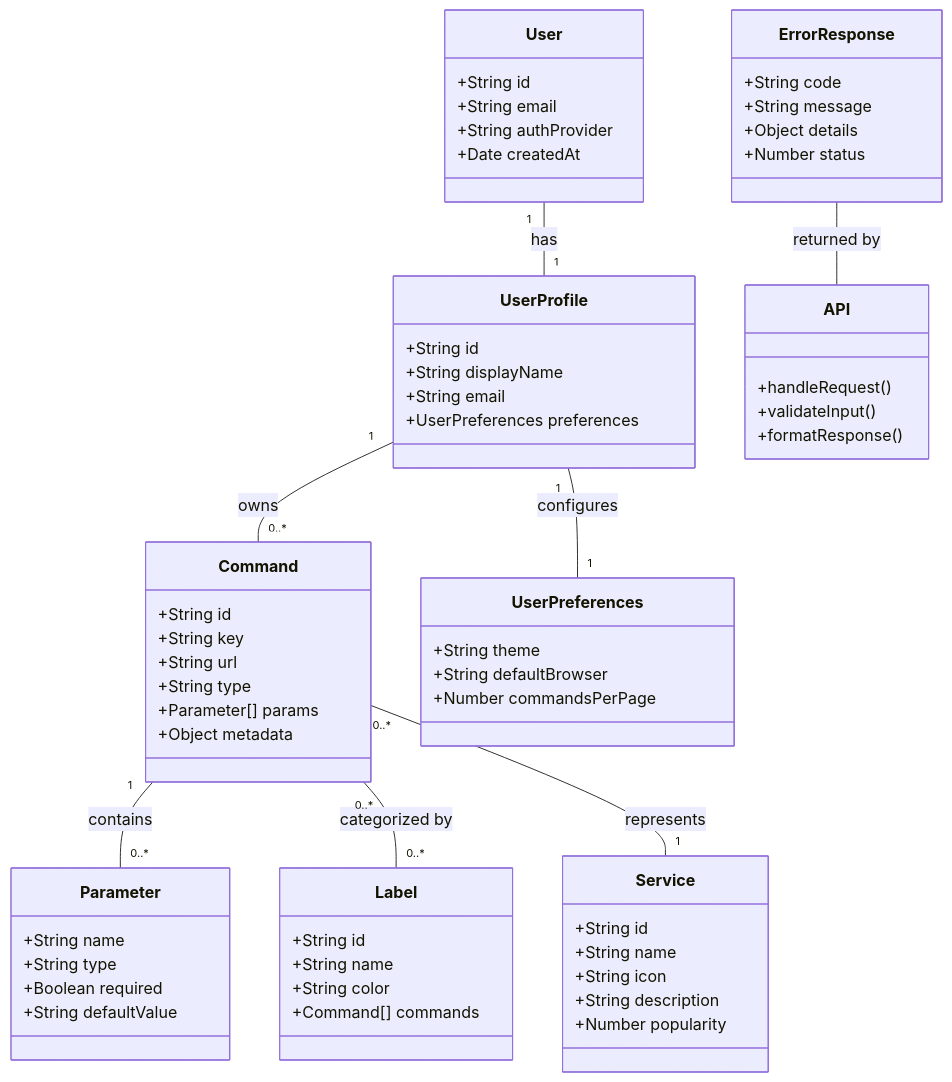
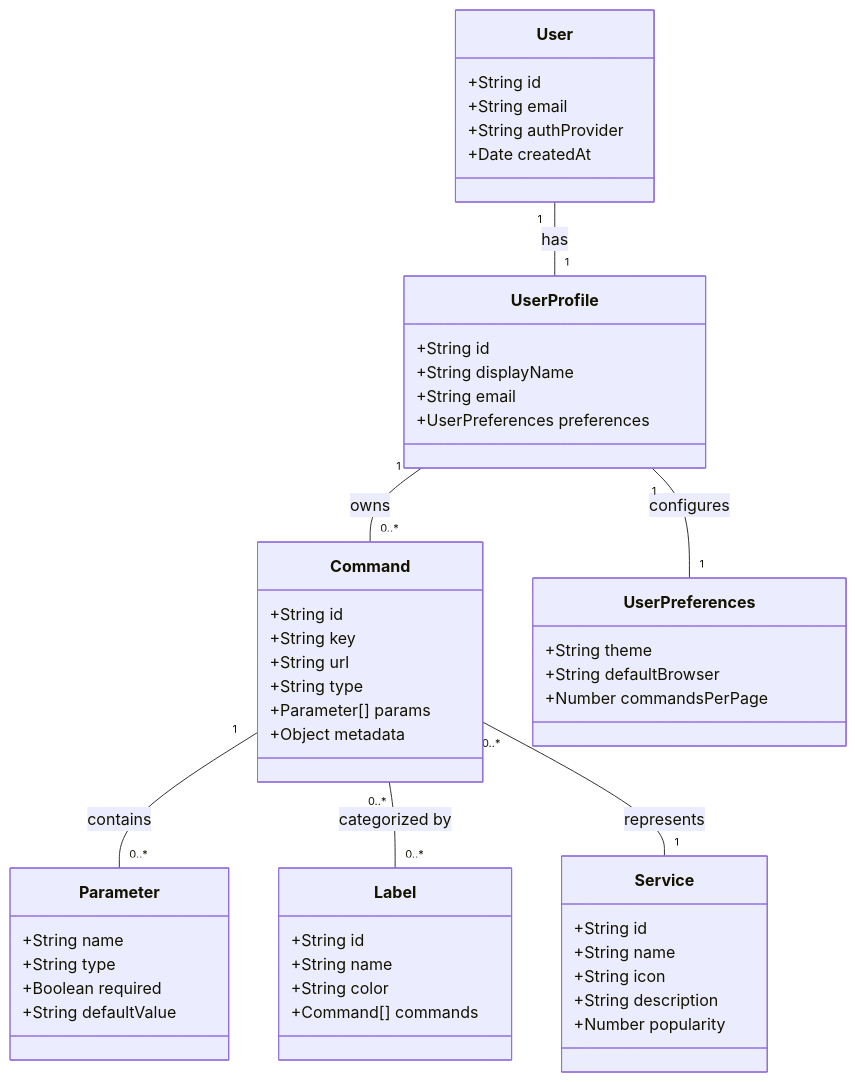
Before and after one commit to m3au/meows: the tenth of 11 diagrams in index.md, drawn with Mermaid. The commit also changed other lines of this file, not shown here.

First line of the commit message:
Restructure index page with refined architecture and social features documentation

````diff
--- a/index.md
+++ b/index.md
@@ -584,74 +600,60 @@
 ```mermaid
 classDiagram
     Command "1" -- "0..*" Parameter: contains
     Command "0..*" -- "0..*" Label: categorized by
     Command "0..*" -- "1" Service: represents
     User "1" -- "1" UserProfile: has
     UserProfile "1" -- "0..*" Command: owns
     UserProfile "1" -- "1" UserPreferences: configures
-    ErrorResponse -- API: returned by
 
     class Command {
         +String id
         +String key
         +String url
         +String type
         +Parameter[] params
         +Object metadata
     }
 
     class Service {
         +String id
         +String name
         +String icon
         +String description
         +Number popularity
     }
 
     class Label {
         +String id
         +String name
         +String color
         +Command[] commands
     }
 
     class UserProfile {
         +String id
         +String displayName
         +String email
         +UserPreferences preferences
     }
 
     class UserPreferences {
         +String theme
         +String defaultBrowser
         +Number commandsPerPage
     }
 
     class Parameter {
         +String name
         +String type
         +Boolean required
         +String defaultValue
     }
 
-    class ErrorResponse {
-        +String code
-        +String message
-        +Object details
-        +Number status
-    }
-
     class User {
         +String id
         +String email
         +String authProvider
         +Date createdAt
     }
-
-    class API {
-        +handleRequest()
-        +validateInput()
-        +formatResponse()
-    }
 ```
````
